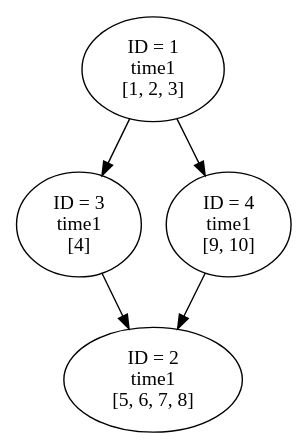
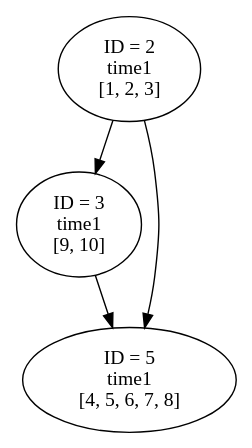
One commit to zzzzzec/work changed the diagram in gt/SCCGraph/graph1.gv. Above: the diagram before and after it, drawn with Graphviz. The commit also changed 76 other files, not shown here.

```diff
--- a/gt/SCCGraph/graph1.gv
+++ b/gt/SCCGraph/graph1.gv
@@ -1,19 +1,15 @@
 // sccGraph1
 digraph {
 	3 [label="ID = 3
 time1
-[4]"]
-	4 [label="ID = 4
-time1
 [9, 10]"]
-	1 [label="ID = 1
+	2 [label="ID = 2
 time1
 [1, 2, 3]"]
-	2 [label="ID = 2
+	5 [label="ID = 5
 time1
-[5, 6, 7, 8]"]
-	3 -> 2
-	4 -> 2
-	1 -> 4
-	1 -> 3
+[4, 5, 6, 7, 8]"]
+	3 -> 5
+	2 -> 3
+	2 -> 5
 }
```
